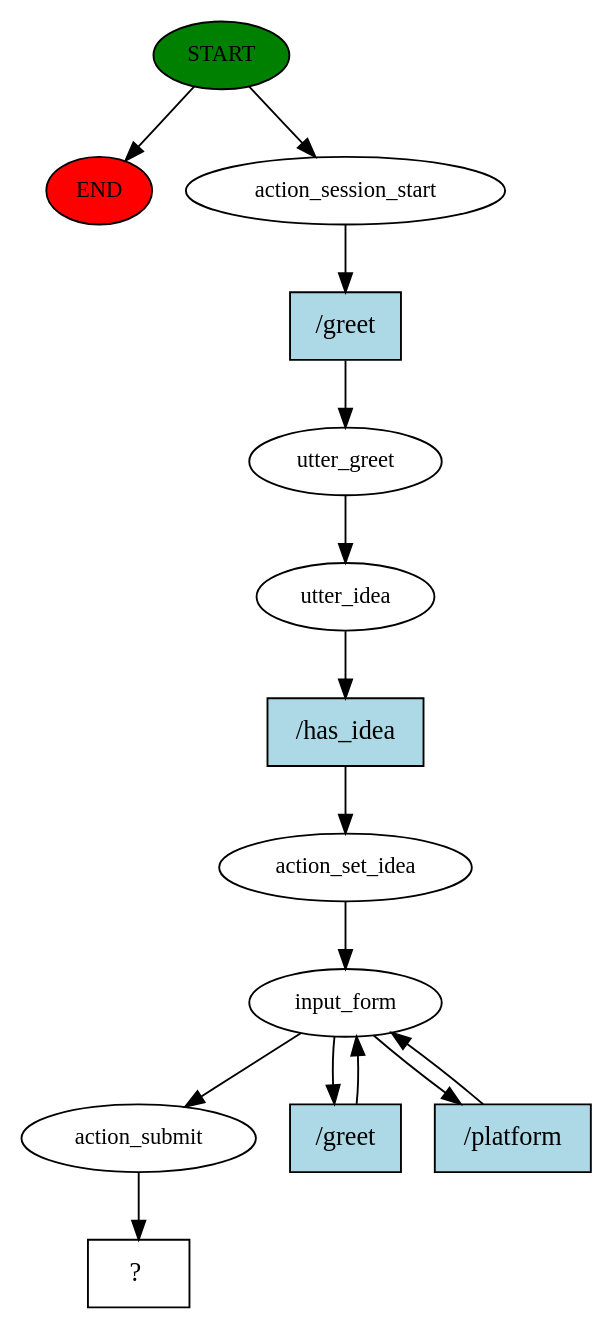
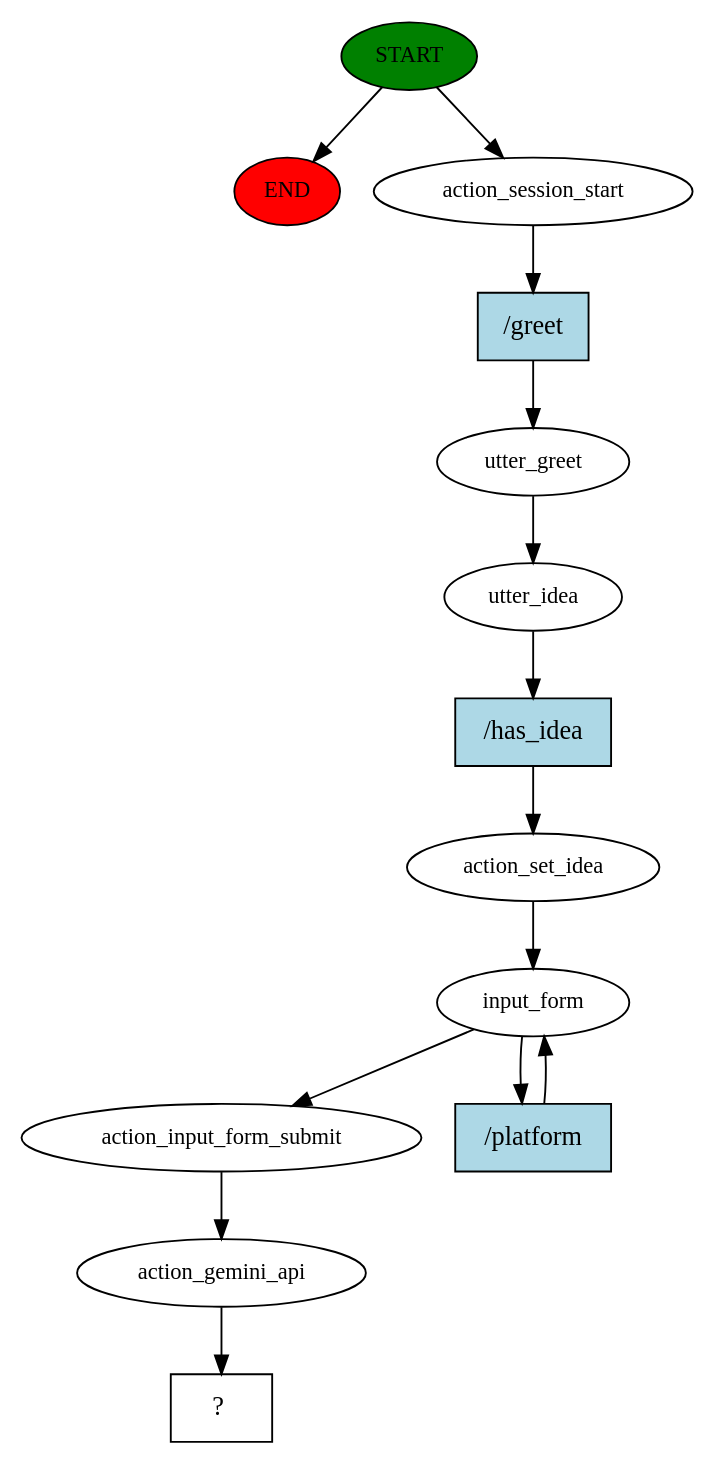
The diagram in Chatbot/story_graph.dot (AkshayKulkarni3467/RasaScribe), drawn with Graphviz before and after one commit. The commit also changed 344 other files, not shown here.

```diff
--- a/Chatbot/story_graph.dot
+++ b/Chatbot/story_graph.dot
@@ -1,29 +1,28 @@
 digraph  {
 0 [class="start active", fillcolor=green, fontsize=12, label=START, style=filled];
 "-1" [class=end, fillcolor=red, fontsize=12, label=END, style=filled];
 1 [class=active, fontsize=12, label=action_session_start];
 2 [class=active, fontsize=12, label=utter_greet];
 3 [class=active, fontsize=12, label=utter_idea];
 4 [class=active, fontsize=12, label=action_set_idea];
 5 [class=active, fontsize=12, label=input_form];
-8 [class=active, fontsize=12, label=action_submit];
+7 [class=active, fontsize=12, label=action_input_form_submit];
+8 [class=active, fontsize=12, label=action_gemini_api];
 9 [class="intent dashed active", label="  ?  ", shape=rect];
 10 [class="intent active", fillcolor=lightblue, label="/greet", shape=rect, style=filled];
 11 [class="intent active", fillcolor=lightblue, label="/has_idea", shape=rect, style=filled];
-12 [class="intent active", fillcolor=lightblue, label="/greet", shape=rect, style=filled];
-13 [class="intent active", fillcolor=lightblue, label="/platform", shape=rect, style=filled];
+12 [class="intent active", fillcolor=lightblue, label="/platform", shape=rect, style=filled];
 0 -> "-1"  [class="", key=NONE, label=""];
 0 -> 1  [class=active, key=NONE, label=""];
 1 -> 10  [class=active, key=0];
 2 -> 3  [class=active, key=NONE, label=""];
 3 -> 11  [class=active, key=0];
 4 -> 5  [class=active, key=NONE, label=""];
-5 -> 8  [class=active, key=NONE, label=""];
+5 -> 7  [class=active, key=NONE, label=""];
 5 -> 12  [class=active, key=0];
-5 -> 13  [class=active, key=0];
+7 -> 8  [class=active, key=NONE, label=""];
 8 -> 9  [class=active, key=NONE, label=""];
 10 -> 2  [class=active, key=0];
 11 -> 4  [class=active, key=0];
 12 -> 5  [class=active, key=0];
-13 -> 5  [class=active, key=0];
 }
```
